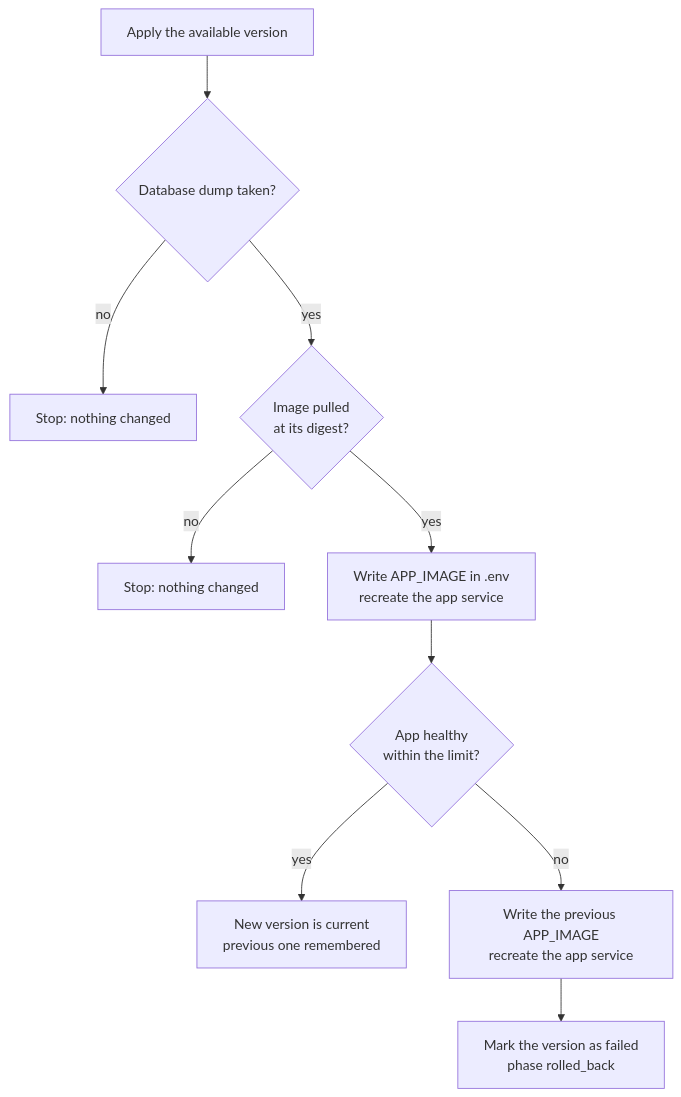
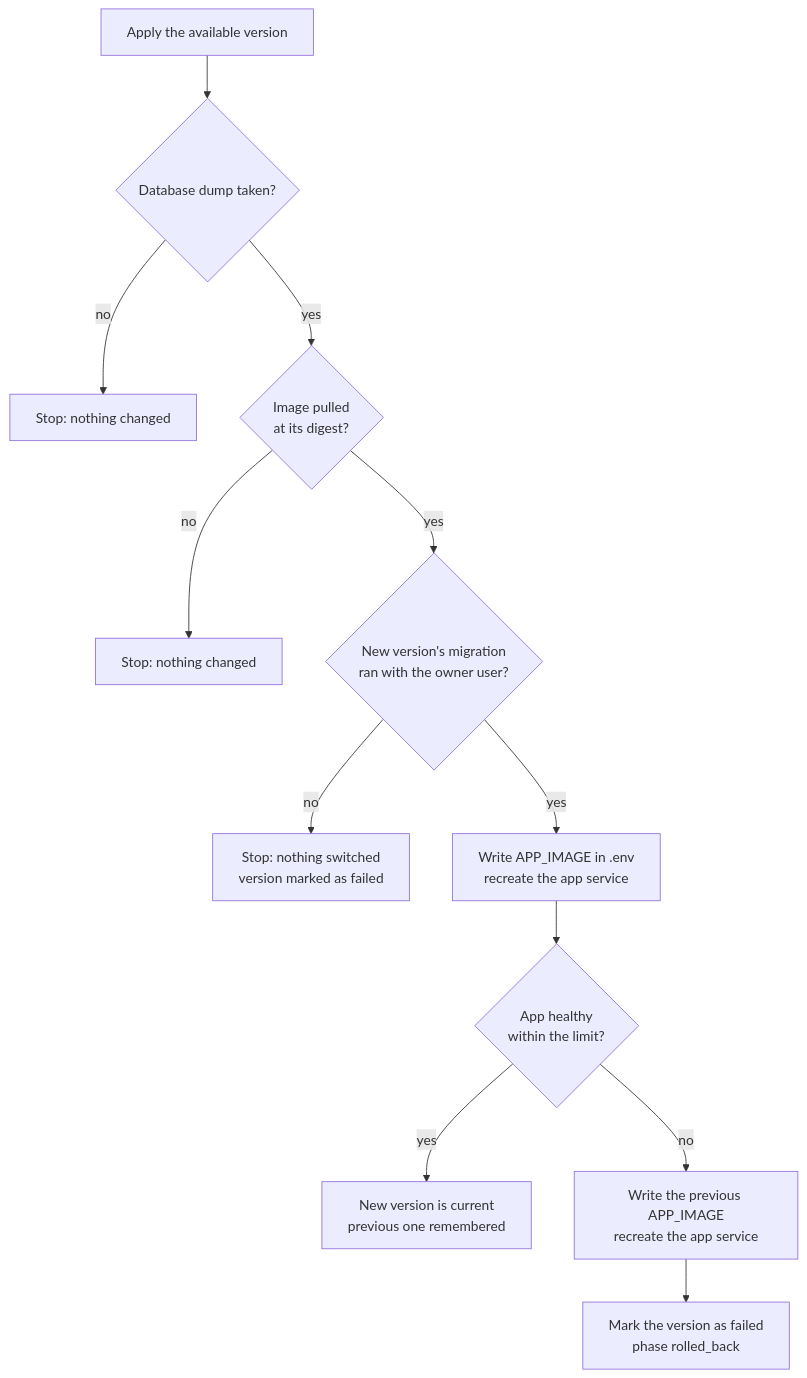
The diagram in docs/diagrams/APPLY_FLOW.md (webtyp/selfupdate), drawn with Mermaid before and after one commit. The commit also changed 7 other files, not shown here.

First line of the commit message:
feat!: migrate the new version before switching (owner user)

````diff
--- a/docs/diagrams/APPLY_FLOW.md
+++ b/docs/diagrams/APPLY_FLOW.md
@@ -5,12 +5,14 @@
 ```mermaid
 flowchart TD
     A[Apply the available version] --> B{Database dump taken?}
     B -->|no| X1[Stop: nothing changed]
     B -->|yes| C{Image pulled<br/>at its digest?}
     C -->|no| X2[Stop: nothing changed]
-    C -->|yes| D[Write APP_IMAGE in .env<br/>recreate the app service]
+    C -->|yes| M{New version's migration<br/>ran with the owner user?}
+    M -->|no| X3[Stop: nothing switched<br/>version marked as failed]
+    M -->|yes| D[Write APP_IMAGE in .env<br/>recreate the app service]
     D --> E{App healthy<br/>within the limit?}
     E -->|yes| F[New version is current<br/>previous one remembered]
     E -->|no| G[Write the previous APP_IMAGE<br/>recreate the app service]
     G --> H[Mark the version as failed<br/>phase rolled_back]
 ```
````
